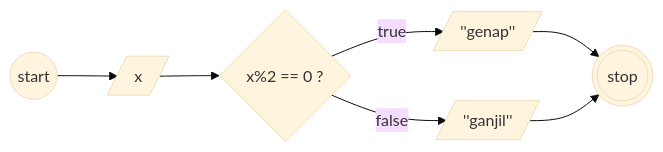
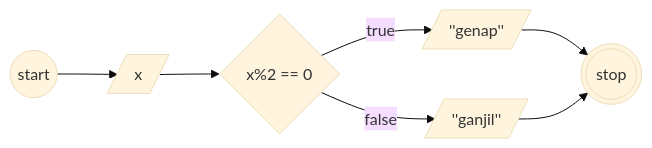
One commit to ecenn/koda-b10-algoritma changed the diagram in README.md. Above: the diagram before and after it, drawn with Mermaid (base theme).

````diff
--- a/README.md
+++ b/README.md
@@ -30,19 +30,19 @@
 ```mermaid
 
 flowchart LR
 
 a((start))
 b[/x/]
-c{x%2 == 0 ?}
+c{x%2 == 0}
 d[/''genap''/]
 e[/''ganjil''/]
 z(((stop)))
 
 a --> b
 b --> c
 c --true--> d
 c --false--> e
 d --> z
 e --> z
 
 ```
````
